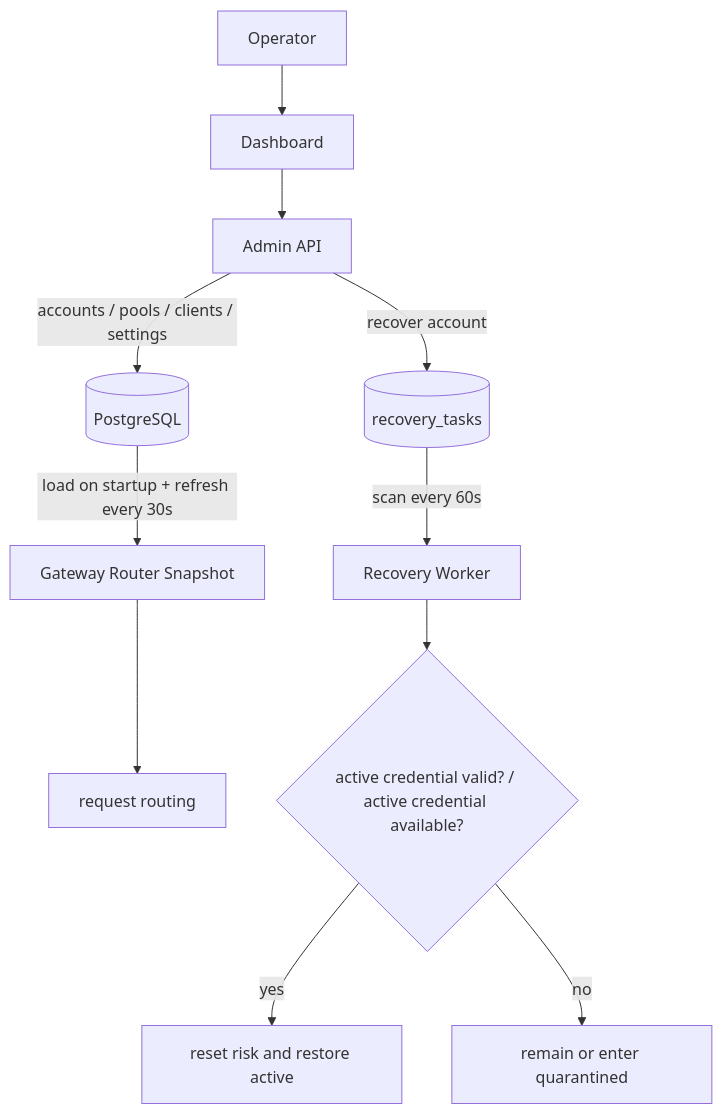
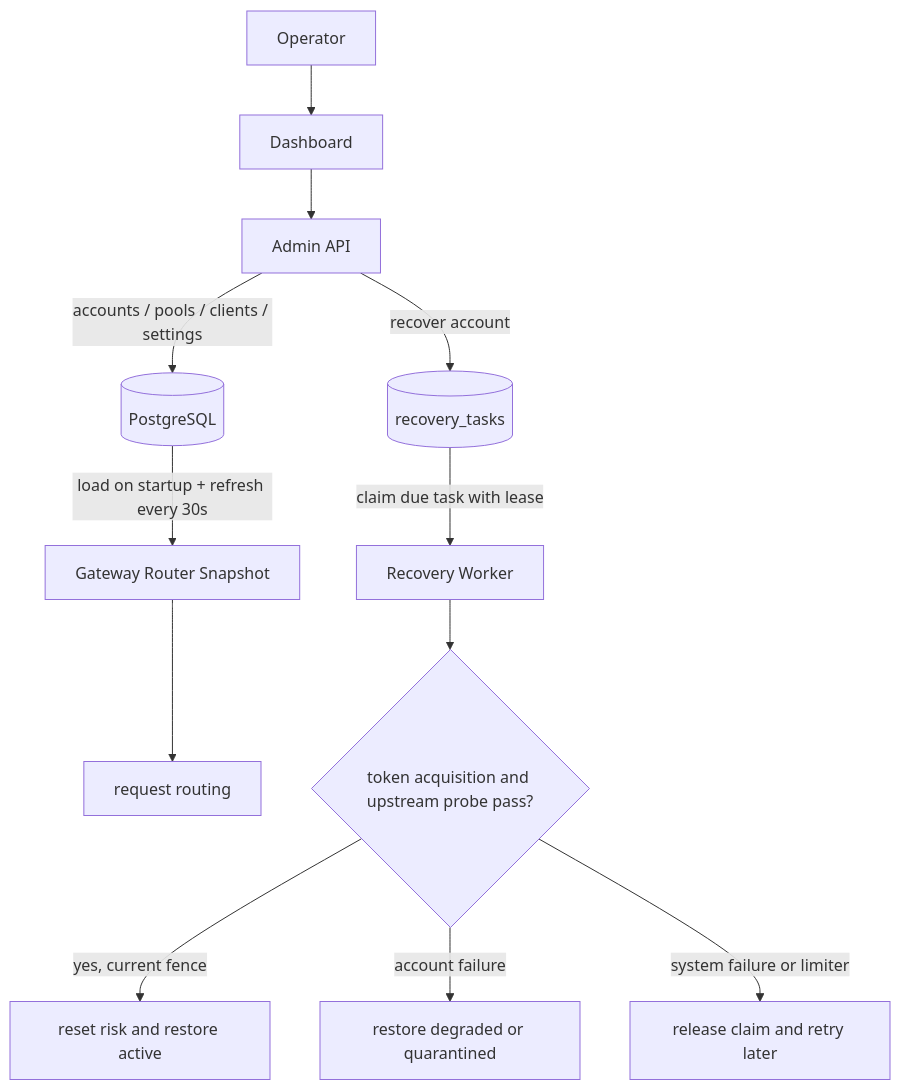
The third of 4 diagrams in docs/architecture.en.md (pczhao1210/ghcp-pool-proxy), drawn with Mermaid before and after one commit. The commit also changed other lines of this file and 34 other files, not shown here.

First line of the commit message:
Publish runtime release 2026.09.12.1 (schema 21)

````diff
--- a/docs/architecture.en.md
+++ b/docs/architecture.en.md
@@ -85,14 +85,15 @@
 ```mermaid
 flowchart TD
   Operator["Operator"] --> Dashboard["Dashboard"]
   Dashboard --> Admin["Admin API"]
   Admin -->|"accounts / pools / clients / settings"| PG[(PostgreSQL)]
   PG -->|"load on startup + refresh every 30s"| Snapshot["Gateway Router Snapshot"]
   Snapshot --> Router["request routing"]
 
   Admin -->|"recover account"| Task[(recovery_tasks)]
-  Task -->|"scan every 60s"| Worker["Recovery Worker"]
-  Worker --> Cred{"active credential valid? / active credential available?"}
-  Cred -->|"yes"| Active["reset risk and restore active"]
-  Cred -->|"no"| Quarantined["remain or enter quarantined"]
+  Task -->|"claim due task with lease"| Worker["Recovery Worker"]
+  Worker --> Cred{"token acquisition and upstream probe pass?"}
+  Cred -->|"yes, current fence"| Active["reset risk and restore active"]
+  Cred -->|"account failure"| Quarantined["restore degraded or quarantined"]
+  Cred -->|"system failure or limiter"| Retry["release claim and retry later"]
 ```
````
